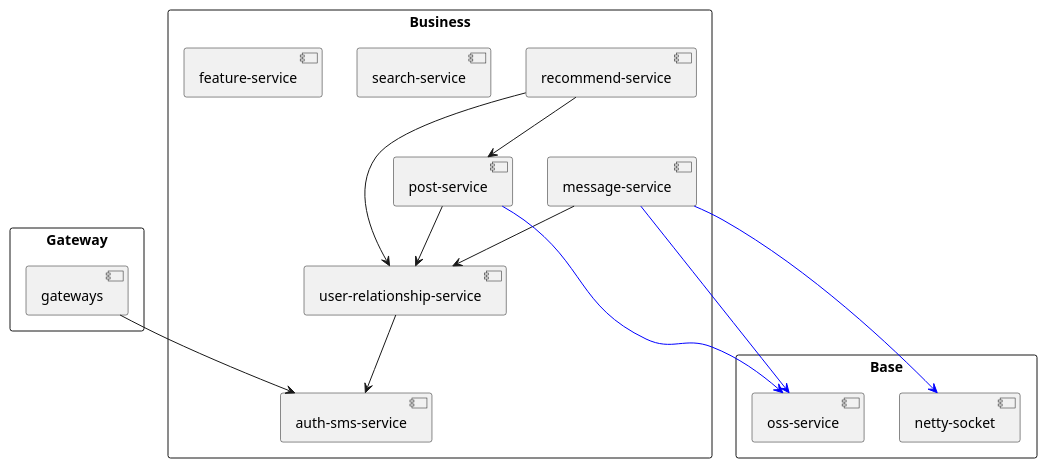
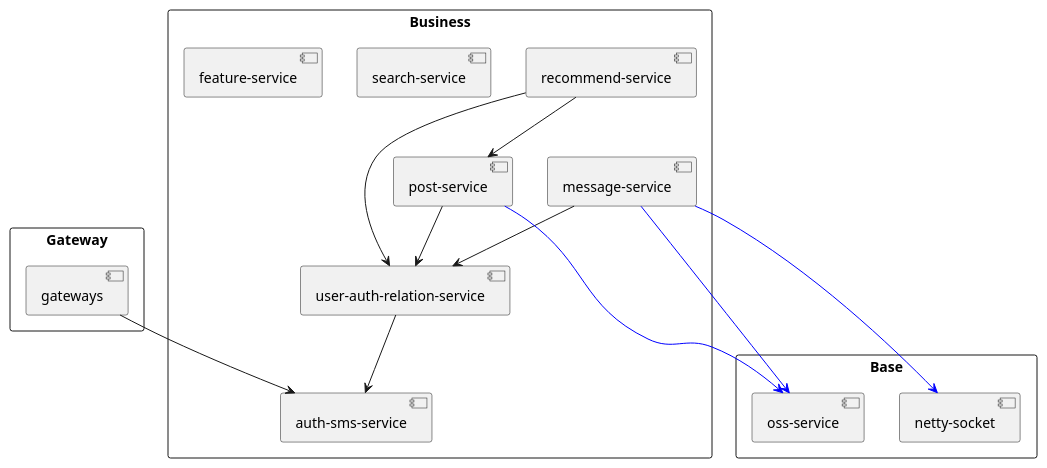
One commit to nangong918/SmartMedicine-App changed the diagram in spring-server/docs/service依赖树.puml. Above: the diagram before and after it, drawn with PlantUML. The commit also changed 73 other files, not shown here.

Commit message:
rename: user-relationship->user-auth-relation

```diff
--- a/spring-server/docs/service依赖树.puml
+++ b/spring-server/docs/service依赖树.puml
@@ -1,38 +1,38 @@
 @startuml
 skinparam packageStyle rectangle
 
 
 package "Base" {
     [netty-socket]
     [oss-service]
 }
 
 package "Business" {
-    [user-relationship-service]
+    [user-auth-relation-service]
     [auth-sms-service]
     [message-service]
     [post-service]
     [recommend-service]
     [search-service]
     [feature-service]
 
-    [message-service] --> [user-relationship-service]
+    [message-service] --> [user-auth-relation-service]
     [message-service] -[#0000FF]--> [oss-service]
     [message-service] -[#0000FF]--> [netty-socket]
 
-    [user-relationship-service] --> [auth-sms-service]
+    [user-auth-relation-service] --> [auth-sms-service]
 
-    [post-service] --> [user-relationship-service]
+    [post-service] --> [user-auth-relation-service]
     [post-service] -[#0000FF]--> [oss-service]
 
-    [recommend-service] --> [user-relationship-service]
+    [recommend-service] --> [user-auth-relation-service]
     [recommend-service] --> [post-service]
 }
 
 package "Gateway" {
     [gateways]
 
     [gateways] --> [auth-sms-service]
 }
 
 @enduml
```
